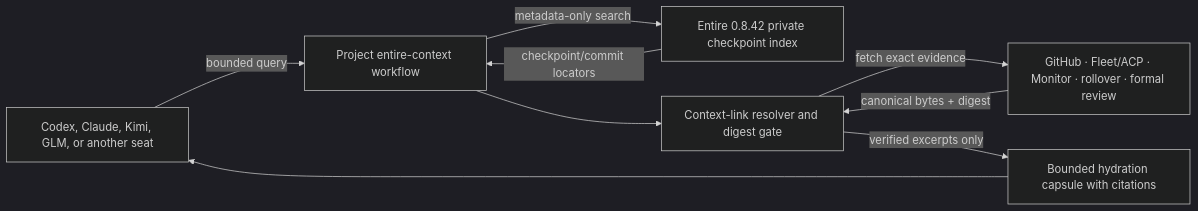
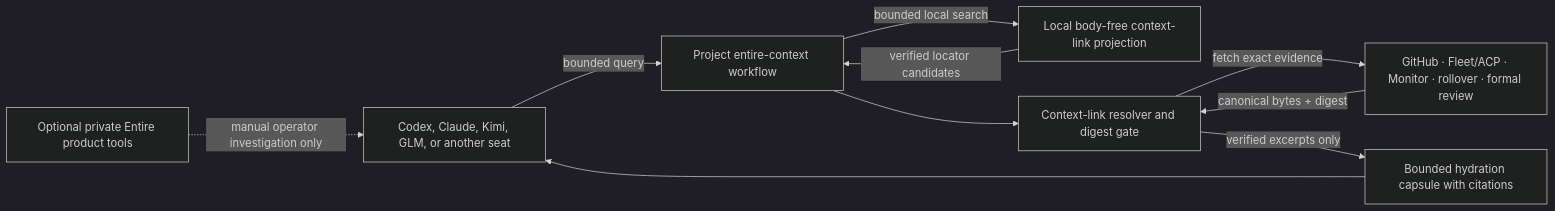
The diagram in docs/plans/2026-08-01-entire-acp-context-layer-rollout.md (learn-ukrainian/learn-ukrainian.github.io), drawn with Mermaid (dark theme) before and after one commit. The commit also changed other lines of this file and 15 other files, not shown here.

First line of the commit message:
feat(context): reconcile ACP receipts into Entire

````diff
--- a/docs/plans/2026-08-01-entire-acp-context-layer-rollout.md
+++ b/docs/plans/2026-08-01-entire-acp-context-layer-rollout.md
@@ -92,18 +81,20 @@
 ```mermaid
 flowchart LR
     Agent["Codex, Claude, Kimi, GLM, or another seat"]
     Skill["Project entire-context workflow"]
-    Entire["Entire 0.8.42 private checkpoint index"]
+    Projection["Local body-free context-link projection"]
+    Entire["Optional private Entire product tools"]
     Resolver["Context-link resolver and digest gate"]
     Canonical["GitHub · Fleet/ACP · Monitor · rollover · formal review"]
     Capsule["Bounded hydration capsule with citations"]
 
     Agent -->|"bounded query"| Skill
-    Skill -->|"metadata-only search"| Entire
-    Entire -->|"checkpoint/commit locators"| Skill
+    Skill -->|"bounded local search"| Projection
+    Projection -->|"verified locator candidates"| Skill
     Skill --> Resolver
     Resolver -->|"fetch exact evidence"| Canonical
     Canonical -->|"canonical bytes + digest"| Resolver
     Resolver -->|"verified excerpts only"| Capsule
     Capsule --> Agent
+    Entire -.->|"manual operator investigation only"| Agent
 ```
````
